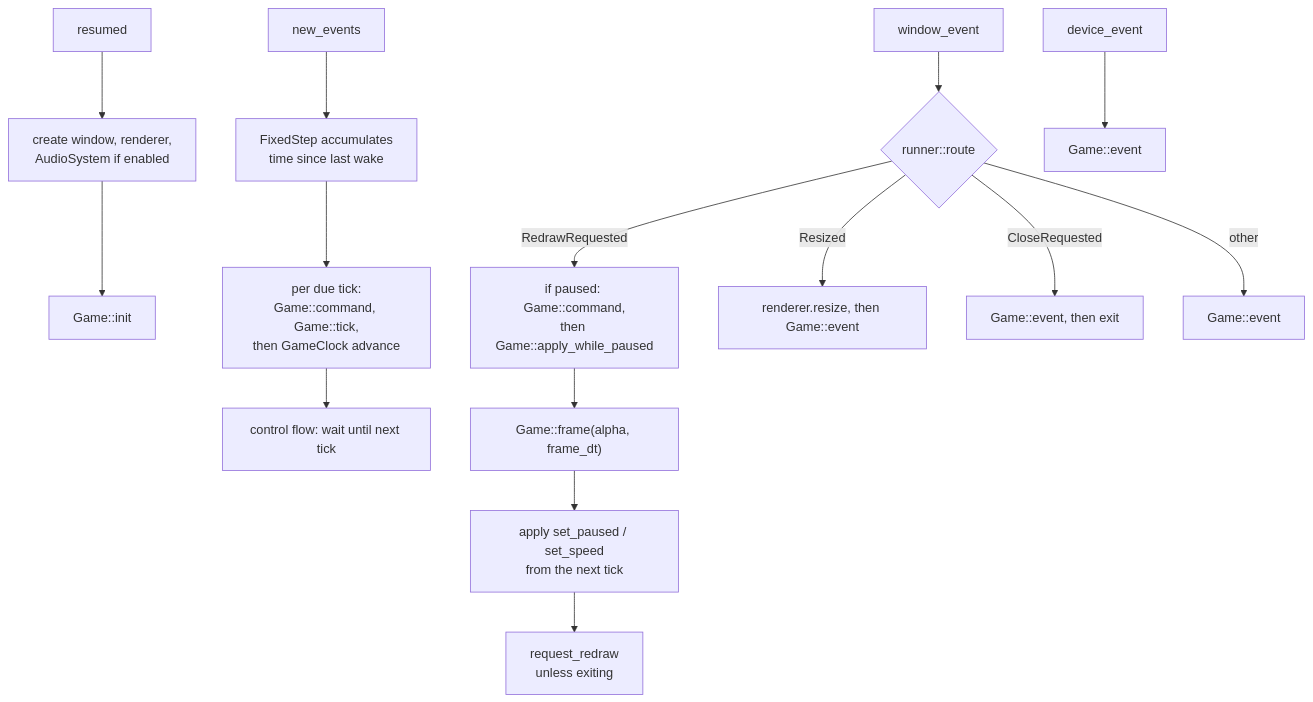
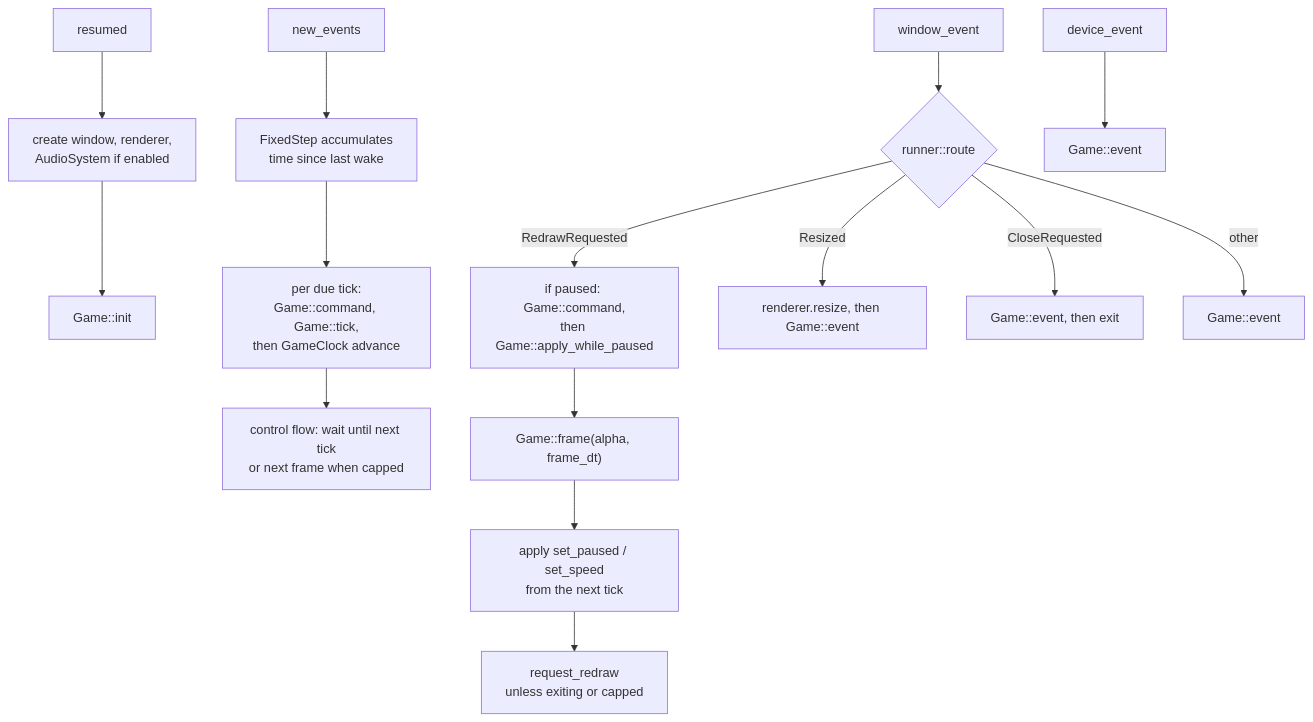
One commit to WrackedFella/moho changed the first of 2 diagrams in wiki/architecture/frame-loop.md. Above: the diagram before and after it, drawn with Mermaid. The commit also changed other lines of this file and 2 other files, not shown here.

Commit message:
docs(wiki): vsync, present modes and frame pacing (ENG-F28-05)
Refs #379

Claude-Session: https://claude.ai/code/session_015JWExofxWpXvm7meQ3VwPd

````diff
--- a/wiki/architecture/frame-loop.md
+++ b/wiki/architecture/frame-loop.md
@@ -14,18 +14,18 @@
 ```mermaid
 flowchart TD
     RES["resumed"] --> mk["create window, renderer,<br/>AudioSystem if enabled"] --> init["Game::init"]
 
     NE["new_events"] --> acc["FixedStep accumulates<br/>time since last wake"]
     acc --> tk["per due tick:<br/>Game::command, Game::tick,<br/>then GameClock advance"]
-    tk --> cf["control flow: wait until next tick"]
+    tk --> cf["control flow: wait until next tick<br/>or next frame when capped"]
 
     WE["window_event"] --> route{"runner::route"}
     route -- RedrawRequested --> wp["if paused: Game::command,<br/>then Game::apply_while_paused"] --> fr["Game::frame(alpha, frame_dt)"]
     fr --> req["apply set_paused / set_speed<br/>from the next tick"]
-    req --> rr["request_redraw<br/>unless exiting"]
+    req --> rr["request_redraw<br/>unless exiting or capped"]
     route -- Resized --> rs["renderer.resize, then Game::event"]
     route -- CloseRequested --> ev["Game::event, then exit"]
     route -- other --> ev2["Game::event"]
 
     DE["device_event"] --> ev3["Game::event"]
 ```
````
